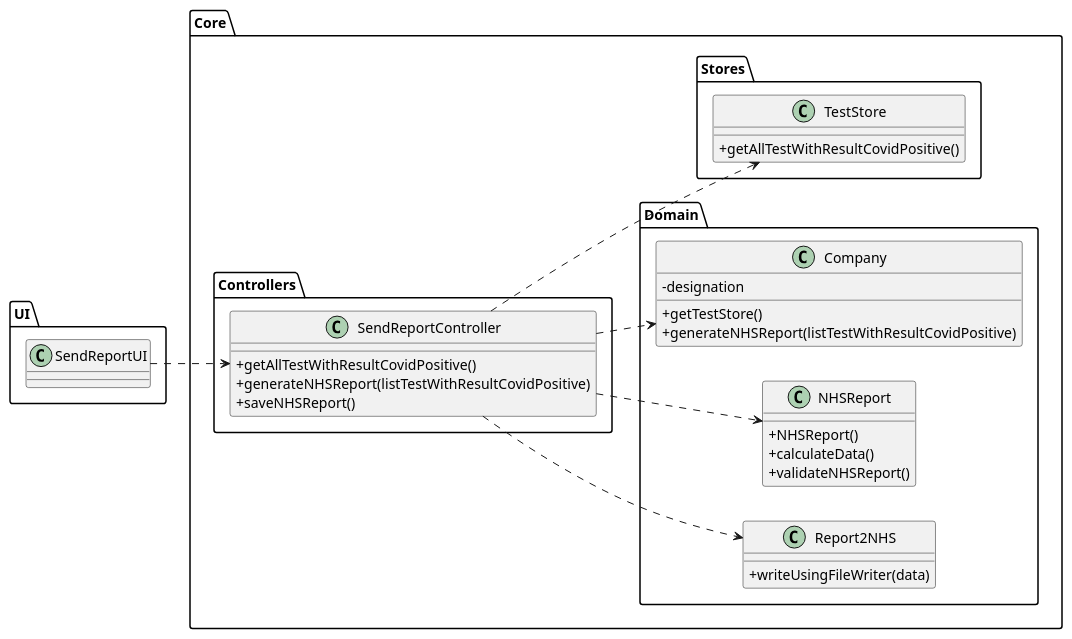
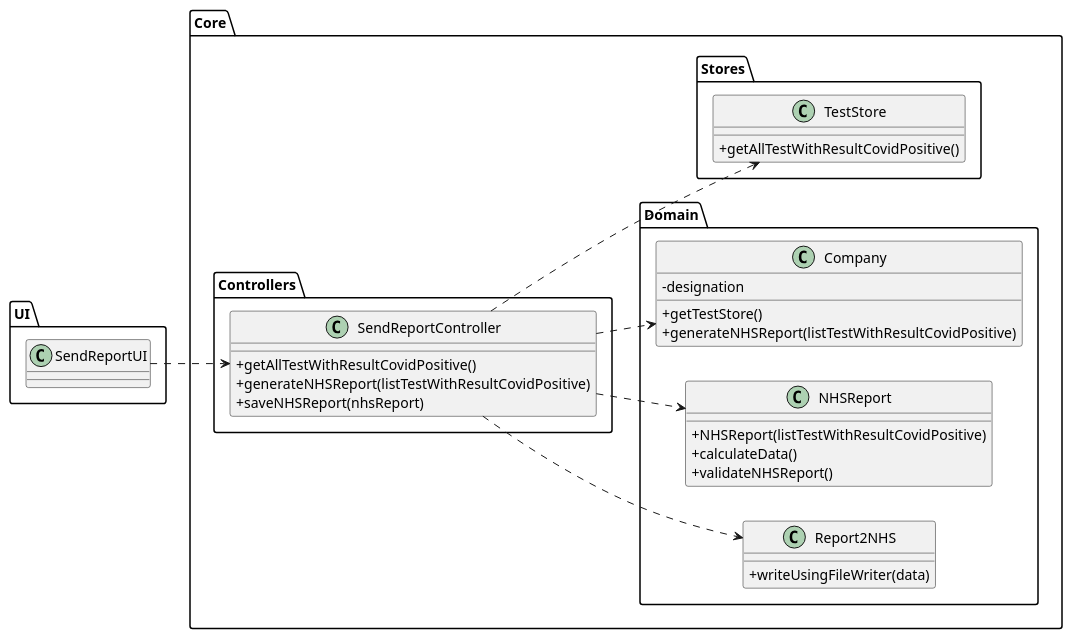
One commit to 0franciscor/lei-21-s2-1de-g19 changed the diagram in docs/SprintD/US18/US18-CD.puml. Above: the diagram before and after it, drawn with PlantUML. The commit also changed 3 other files, not shown here.

```diff
--- a/docs/SprintD/US18/US18-CD.puml
+++ b/docs/SprintD/US18/US18-CD.puml
@@ -1,54 +1,54 @@
 @startuml
 'https://plantuml.com/class-diagram
 
 skinparam classAttributeIconSize 0
 left to right direction
 
 package Core{
 
 package Controllers{
 class "SendReportController" as SRC {
 +getAllTestWithResultCovidPositive()
 +generateNHSReport(listTestWithResultCovidPositive)
-+saveNHSReport()
++saveNHSReport(nhsReport)
 }
 }
 
 package Domain{
 class "Company" as C {
 -designation
 +getTestStore()
 +generateNHSReport(listTestWithResultCovidPositive)
 }
 
 class "NHSReport" as NHSR {
-+NHSReport()
++NHSReport(listTestWithResultCovidPositive)
 +calculateData()
 +validateNHSReport()
 }
 
 class "Report2NHS" as R2NHS {
 +writeUsingFileWriter(data)
 }
 
 }
 
 package Stores{
 
 class "TestStore" as TS {
 +getAllTestWithResultCovidPositive()
 }
 }
 }
 
 package UI{
 class "SendReportUI" as SRUI
 }
 
 SRUI ..> SRC
 SRC ..> C
 SRC ..> TS
 SRC ..> NHSR
 SRC ..> R2NHS
 
 @enduml
```
